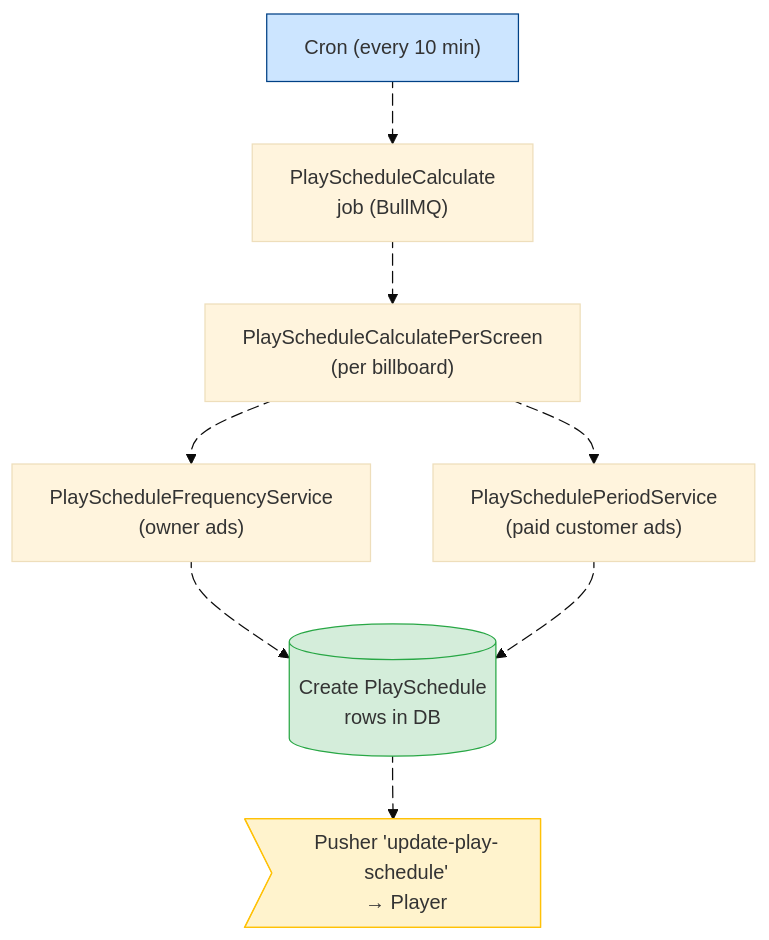
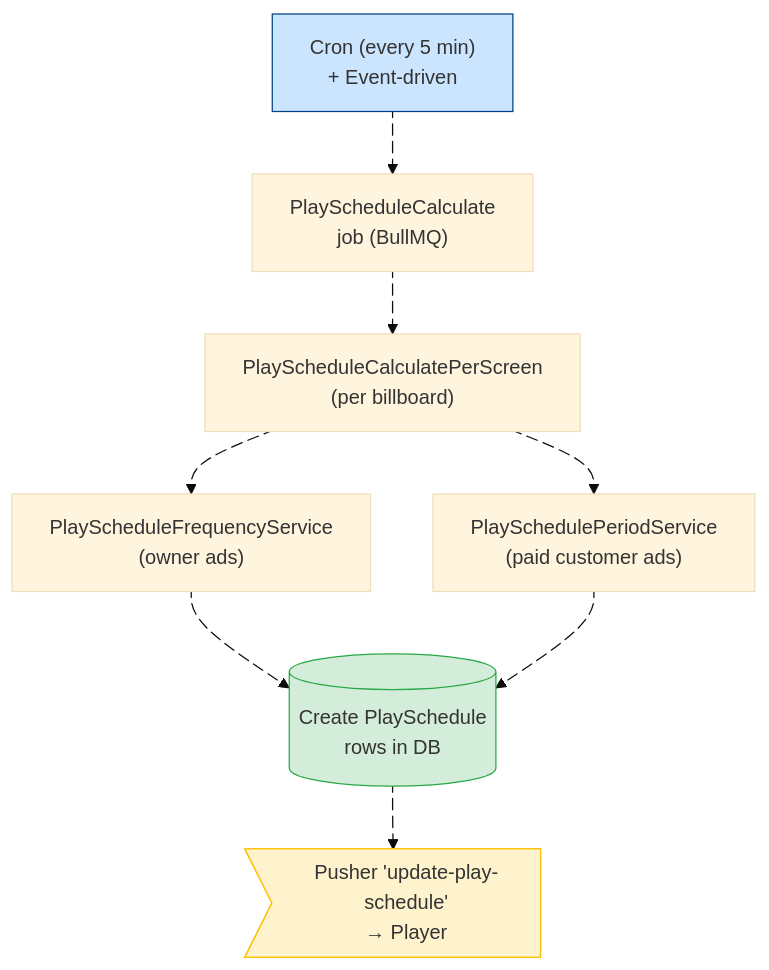
The diagram in scripts/diagrams/03-1-backend-pipeline.mmd (wasikarn/jira-generator), drawn with Mermaid (base theme) before and after one commit. The commit also changed 8 other files, not shown here.

```diff
--- a/scripts/diagrams/03-1-backend-pipeline.mmd
+++ b/scripts/diagrams/03-1-backend-pipeline.mmd
@@ -1,18 +1,18 @@
 flowchart TD
-    A["Cron (every 10 min)"] e1@--> B["PlayScheduleCalculate<br/>job (BullMQ)"]
+    A["Cron (every 5 min)<br/>+ Event-driven"] e1@--> B["PlayScheduleCalculate<br/>job (BullMQ)"]
     B e2@--> C["PlayScheduleCalculatePerScreen<br/>(per billboard)"]
     C e3@--> D["PlayScheduleFrequencyService<br/>(owner ads)"]
     C e4@--> E["PlaySchedulePeriodService<br/>(paid customer ads)"]
     D e5@--> F[("Create PlaySchedule<br/>rows in DB")]
     E e6@--> F
     F e7@--> G>"Pusher 'update-play-schedule'<br/>→ Player"]
     e1@{ animation: fast }
     e2@{ animation: fast }
     e3@{ animation: fast }
     e4@{ animation: fast }
     e5@{ animation: slow }
     e6@{ animation: slow }
     e7@{ animation: slow }
     style A fill:#cce5ff,stroke:#004085
     style F fill:#d4edda,stroke:#28a745
     style G fill:#fff3cd,stroke:#ffc107
```
